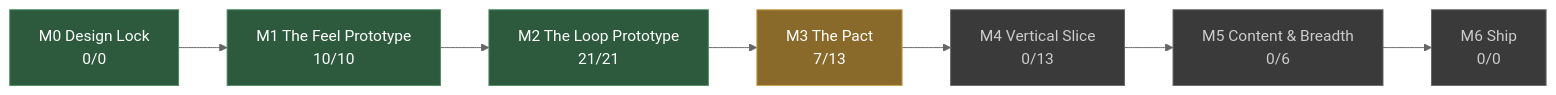
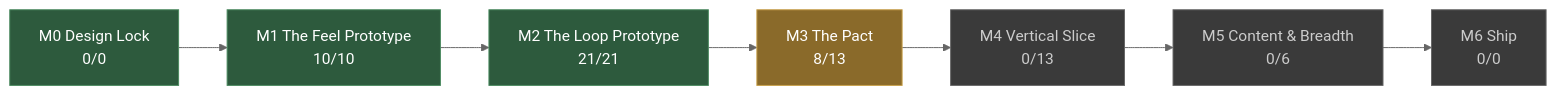
One commit to JoshuaGessner/she changed the diagram in docs/STATUS.md. Above: the diagram before and after it, drawn with Mermaid (neutral theme). The commit also changed other lines of this file and 8 other files, not shown here.

````diff
--- a/docs/STATUS.md
+++ b/docs/STATUS.md
@@ -13,19 +13,19 @@
 ```mermaid
 flowchart LR
   M0["M0 Design Lock<br/>0/0"]:::passed
   M1["M1 The Feel Prototype<br/>10/10"]:::passed
   M0 --> M1
   M2["M2 The Loop Prototype<br/>21/21"]:::passed
   M1 --> M2
-  M3["M3 The Pact<br/>7/13"]:::current
+  M3["M3 The Pact<br/>8/13"]:::current
   M2 --> M3
   M4["M4 Vertical Slice<br/>0/13"]:::ahead
   M3 --> M4
   M5["M5 Content & Breadth<br/>0/6"]:::ahead
   M4 --> M5
   M6["M6 Ship<br/>0/0"]:::ahead
   M5 --> M6
   classDef passed fill:#2d5a3d,stroke:#4a8a5f,color:#fff
   classDef current fill:#8a6a2a,stroke:#c8a04a,color:#fff
   classDef ahead fill:#3a3a3a,stroke:#666,color:#ccc
 ```
````
